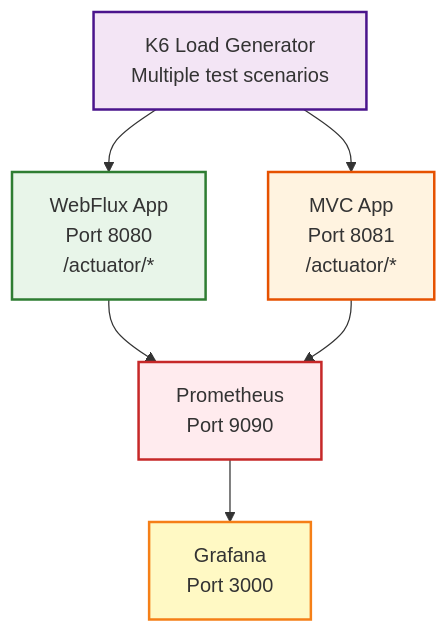
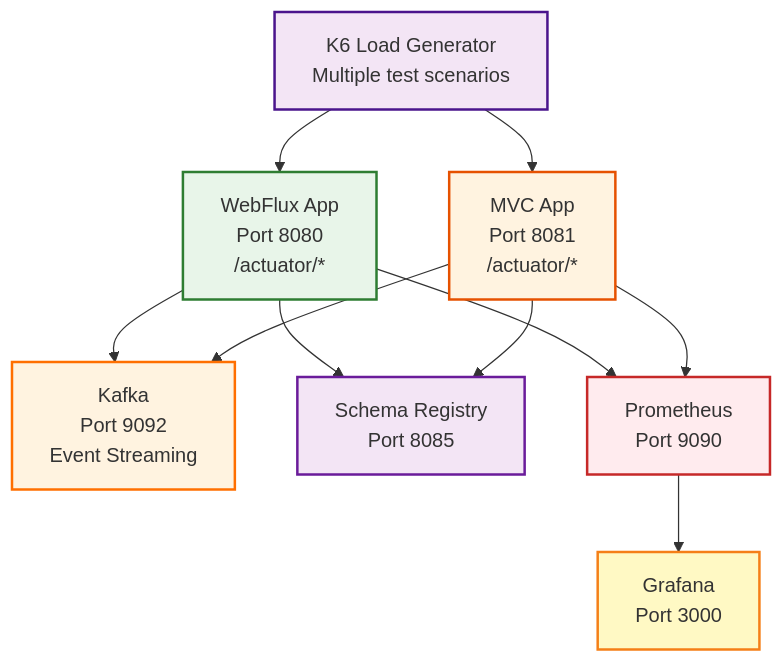
Before and after one commit to cebartling/spring-boot-performance-2026: the second of 2 diagrams in README.md, drawn with Mermaid. The commit also changed other lines of this file and 49 other files, not shown here.

First line of the commit message:
Add Kafka and Schema Registry integration with Avro event publishing

````diff
--- a/README.md
+++ b/README.md
@@ -295,18 +462,27 @@
 ```mermaid
 graph TB
     K6[K6 Load Generator<br/>Multiple test scenarios]
+
+    Kafka[Kafka<br/>Port 9092<br/>Event Streaming]
+    SR[Schema Registry<br/>Port 8085]
 
     K6 --> WebFlux[WebFlux App<br/>Port 8080<br/>/actuator/*]
     K6 --> MVC[MVC App<br/>Port 8081<br/>/actuator/*]
 
     WebFlux --> Prometheus[Prometheus<br/>Port 9090]
     MVC --> Prometheus
+    WebFlux --> Kafka
+    MVC --> Kafka
+    WebFlux --> SR
+    MVC --> SR
 
     Prometheus --> Grafana[Grafana<br/>Port 3000]
 
     style K6 fill:#f3e5f5,stroke:#4a148c,stroke-width:2px
+    style Kafka fill:#fff3e0,stroke:#ff6f00,stroke-width:2px
+    style SR fill:#f3e5f5,stroke:#6a1b9a,stroke-width:2px
     style WebFlux fill:#e8f5e9,stroke:#2e7d32,stroke-width:2px
     style MVC fill:#fff3e0,stroke:#e65100,stroke-width:2px
     style Prometheus fill:#ffebee,stroke:#c62828,stroke-width:2px
     style Grafana fill:#fff9c4,stroke:#f57f17,stroke-width:2px
 ```
````
